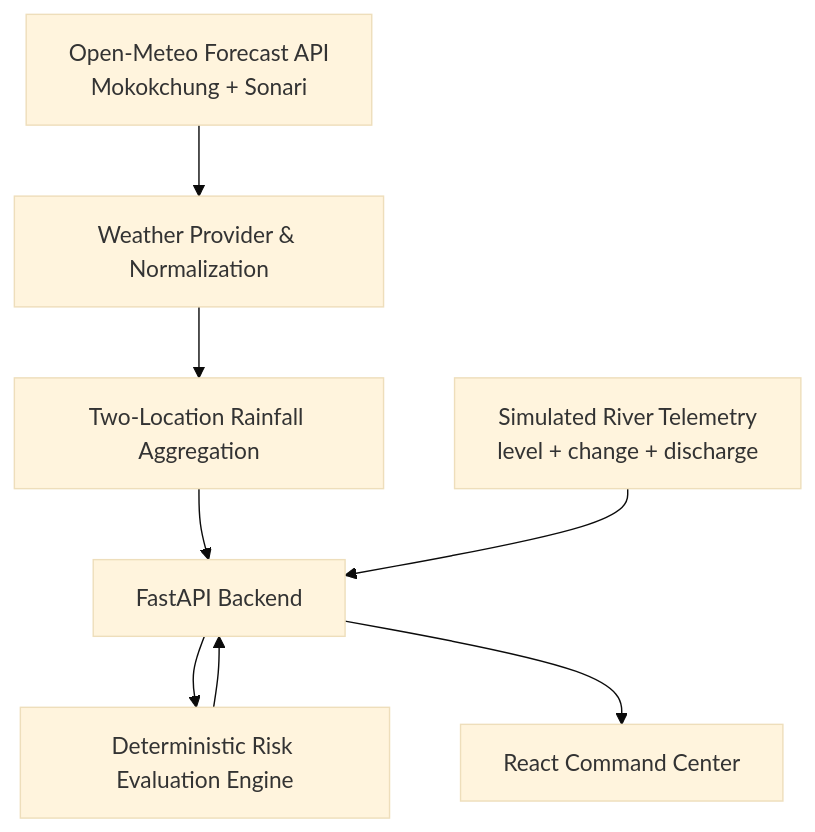
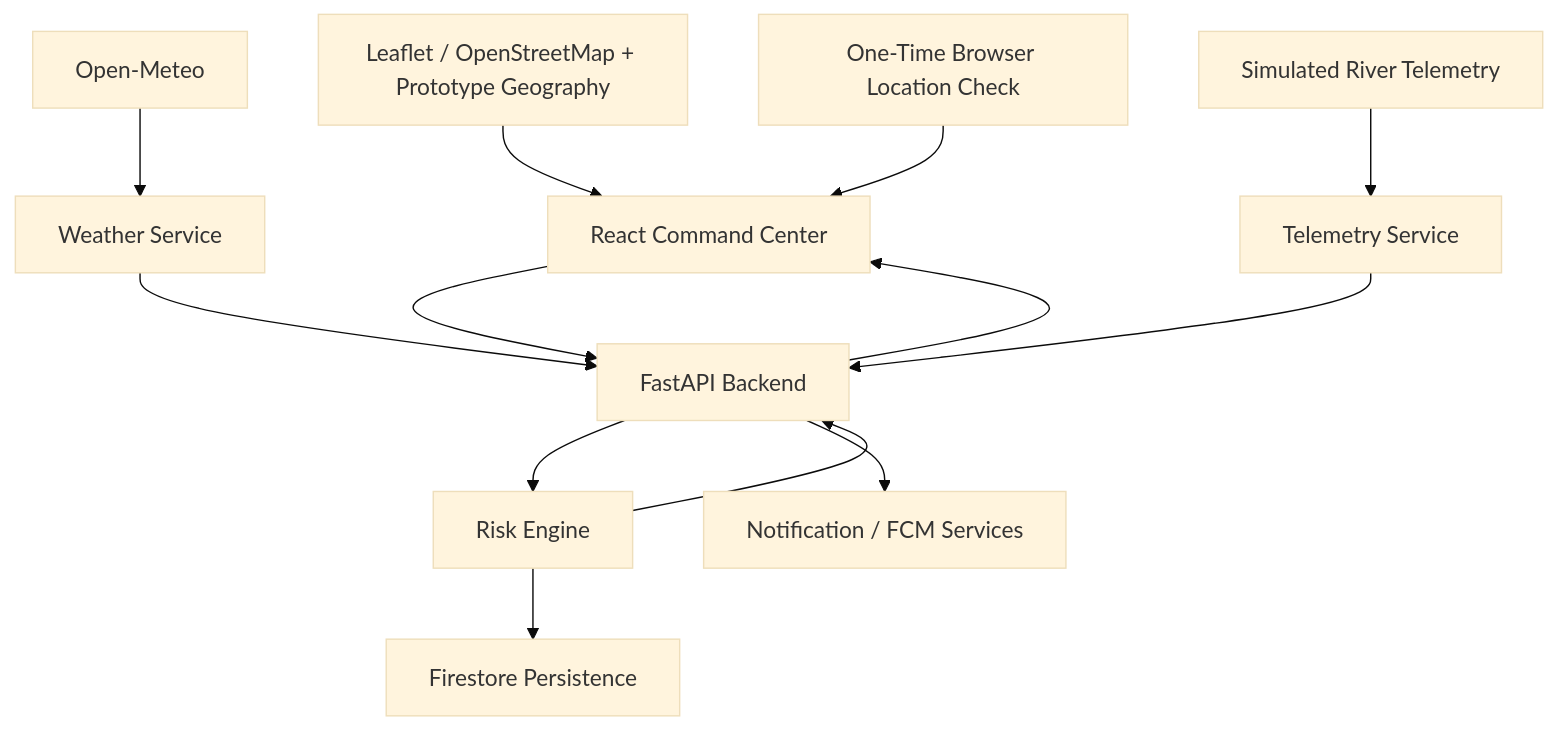
The first of 3 diagrams in README.md (Kaman259/FlashFlood), drawn with Mermaid (base theme) before and after one commit. The commit also changed other lines of this file, not shown here.

````diff
--- a/README.md
+++ b/README.md
@@ -88,18 +90,27 @@
 ```mermaid
 flowchart TD
-    OM[Open-Meteo Forecast API<br/>Mokokchung + Sonari]
-    ST[Simulated River Telemetry<br/>level + change + discharge]
-    WP[Weather Provider & Normalization]
-    AG[Two-Location Rainfall Aggregation]
+    UI[React Command Center]
     API[FastAPI Backend]
-    RE[Deterministic Risk Evaluation Engine]
-    UI[React Command Center]
+    RE[Risk Engine]
+    WS[Weather Service]
+    TS[Telemetry Service]
+    DB[Firestore Persistence]
+    NS[Notification / FCM Services]
+    OM[Open-Meteo]
+    ST[Simulated River Telemetry]
+    MAP[Leaflet / OpenStreetMap + Prototype Geography]
+    GEO[One-Time Browser Location Check]
 
-    OM --> WP
-    WP --> AG
-    AG --> API
-    ST --> API
+    UI --> API
+    OM --> WS
+    WS --> API
+    ST --> TS
+    TS --> API
     API --> RE
+    RE --> DB
     RE --> API
+    API --> NS
     API --> UI
+    MAP --> UI
+    GEO --> UI
 ```
````
